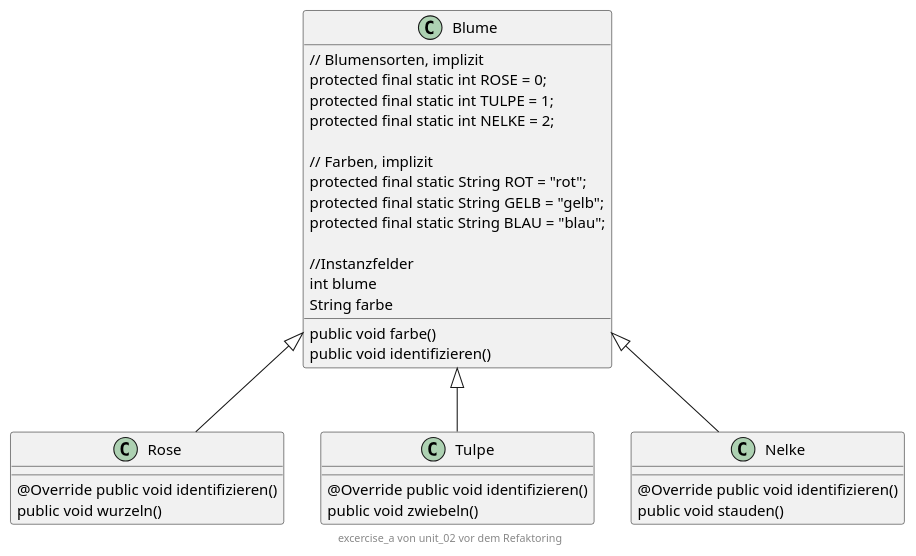
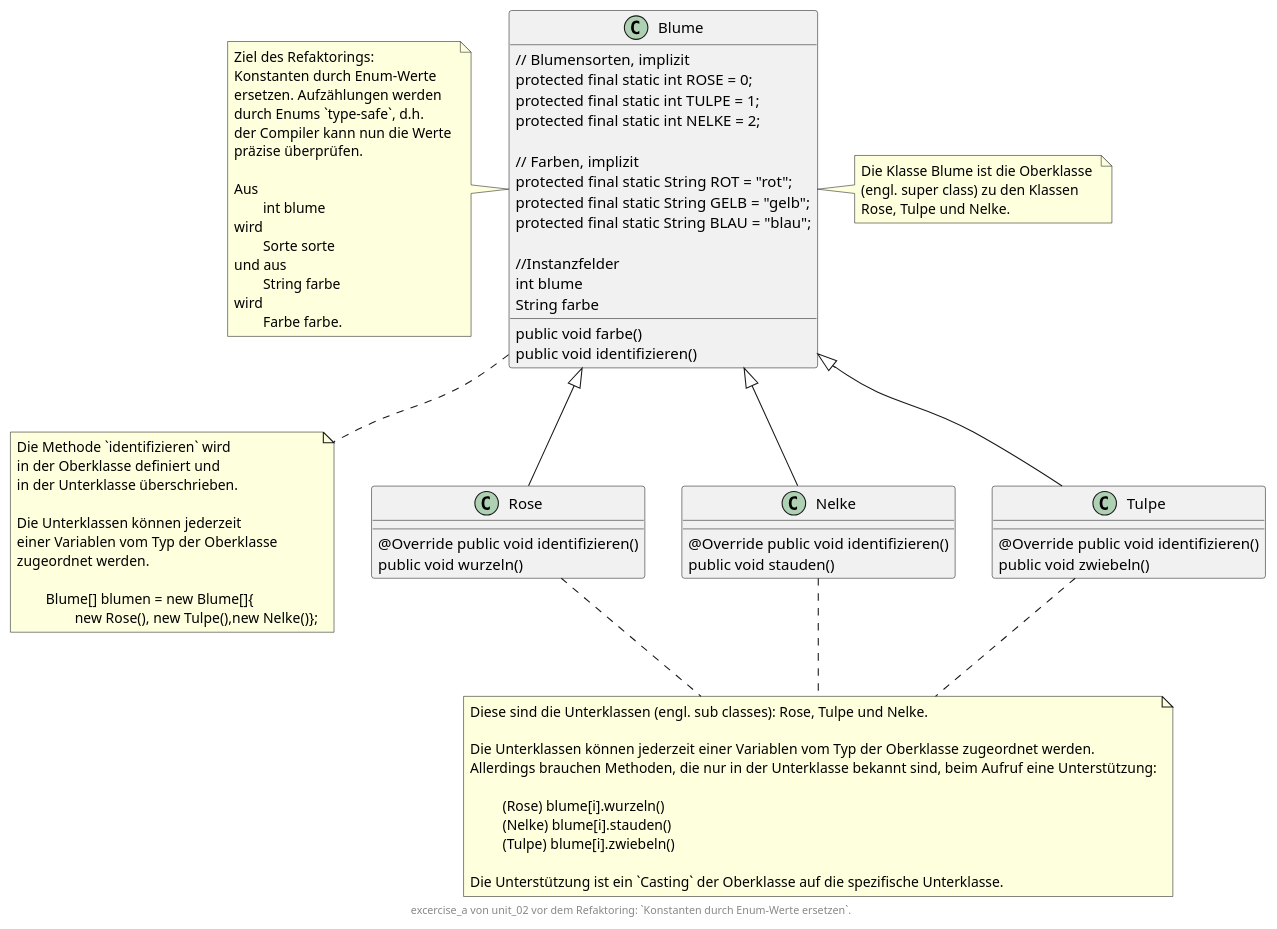
The diagram in units/src/unit_02/excercise_a/assets/classes-before-refactoring.puml (msg-azubi/java-tutorial), drawn with PlantUML before and after one commit. The commit also changed 2 other files, not shown here.

Commit message:
Verbesserung der Klassendiagramm (Add notes)

```diff
--- a/units/src/unit_02/excercise_a/assets/classes-before-refactoring.puml
+++ b/units/src/unit_02/excercise_a/assets/classes-before-refactoring.puml
@@ -1,46 +1,56 @@
 @startuml
 
-abstract class Blume
+class Blume
+note left of Blume: Ziel des Refaktorings: \nKonstanten durch Enum-Werte \nersetzen. Aufzählungen werden \ndurch Enums `type-safe`, d.h.\nder Compiler kann nun die Werte \npräzise überprüfen.\n\nAus\n\tint blume\nwird\n\tSorte sorte\nund aus \n\tString farbe\nwird\n\tFarbe farbe.
+note right of Blume: Die Klasse Blume ist die Oberklasse \n(engl. super class) zu den Klassen \nRose, Tulpe und Nelke.
+
+note "Die Methode `identifizieren` wird\nin der Oberklasse definiert und\nin der Unterklasse überschrieben.\n\nDie Unterklassen können jederzeit\neiner Variablen vom Typ der Oberklasse \nzugeordnet werden.\n\n\tBlume[] blumen = new Blume[]{\n\t\tnew Rose(), new Tulpe(),new Nelke()};" as TheOverride
+Blume .. TheOverride
+
+note "Diese sind die Unterklassen (engl. sub classes): Rose, Tulpe und Nelke.\n\nDie Unterklassen können jederzeit einer Variablen vom Typ der Oberklasse zugeordnet werden.\nAllerdings brauchen Methoden, die nur in der Unterklasse bekannt sind, beim Aufruf eine Unterstützung:\n\n\t (Rose) blume[i].wurzeln() \n\t (Nelke) blume[i].stauden() \n\t (Tulpe) blume[i].zwiebeln() \n\nDie Unterstützung ist ein `Casting` der Oberklasse auf die spezifische Unterklasse. " as TheSubClasses
+Rose  .. TheSubClasses
+Nelke .. TheSubClasses
+Tulpe .. TheSubClasses
 
 
 Blume <|-- Rose
 Blume <|-- Tulpe
 Blume <|-- Nelke
 
 class Blume {
 // Blumensorten, implizit
 protected final static int ROSE = 0;
 protected final static int TULPE = 1;
 protected final static int NELKE = 2;
 
 // Farben, implizit
 protected final static String ROT = "rot";
 protected final static String GELB = "gelb";
 protected final static String BLAU = "blau";
 
 //Instanzfelder
 int blume
 String farbe
 public void farbe()
 public void identifizieren()
 }
 
 
 
 class Rose {
 @Override public void identifizieren()
 public void wurzeln()
 }
 
 class Tulpe {
 @Override public void identifizieren()
 public void zwiebeln()
 }
 
 class Nelke {
 @Override public void identifizieren()
 public void stauden()
 }
 
-center footer excercise_a von unit_02 vor dem Refaktoring
+center footer excercise_a von unit_02 vor dem Refaktoring: `Konstanten durch Enum-Werte ersetzen`.
 @enduml
```
